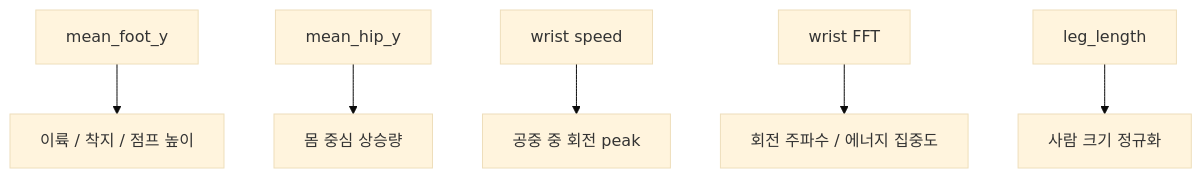
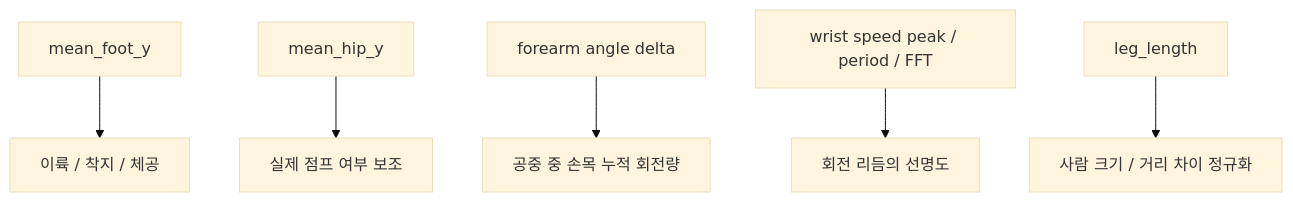
Before and after one commit to Hooneybadger/jump-rope-detector: the second of 5 diagrams in double_jump/README.md, drawn with Mermaid (base theme). The commit also changed other lines of this file and 4 other files, not shown here.

````diff
--- a/double_jump/README.md
+++ b/double_jump/README.md
@@ -94,8 +57,8 @@
 ```mermaid
 flowchart TB
-    A[mean_foot_y] --> A1[이륙 / 착지 / 점프 높이]
-    B[mean_hip_y] --> B1[몸 중심 상승량]
-    C[wrist speed] --> C1[공중 중 회전 peak]
-    D[wrist FFT] --> D1[회전 주파수 / 에너지 집중도]
-    E[leg_length] --> E1[사람 크기 정규화]
+    A[mean_foot_y] --> A1[이륙 / 착지 / 체공]
+    B[mean_hip_y] --> B1[실제 점프 여부 보조]
+    C[forearm angle delta] --> C1[공중 중 손목 누적 회전량]
+    D[wrist speed peak / period / FFT] --> D1[회전 리듬의 선명도]
+    E[leg_length] --> E1[사람 크기 / 거리 차이 정규화]
 ```
````
